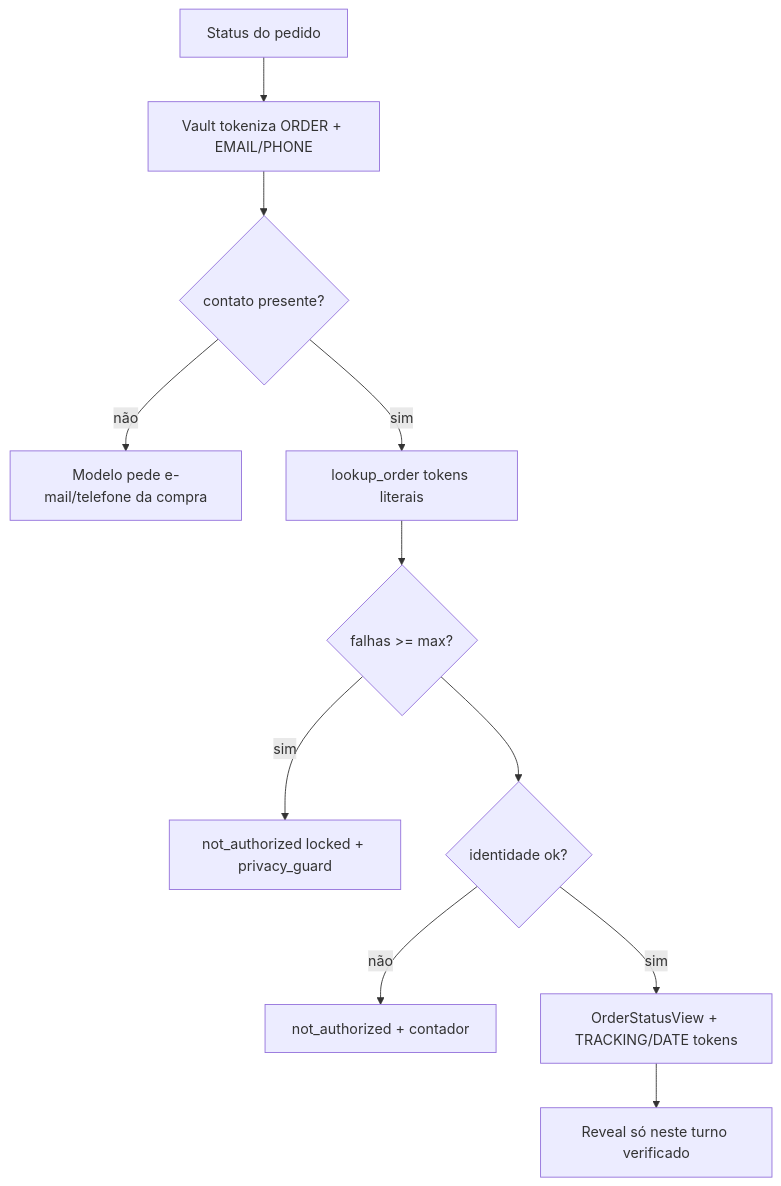
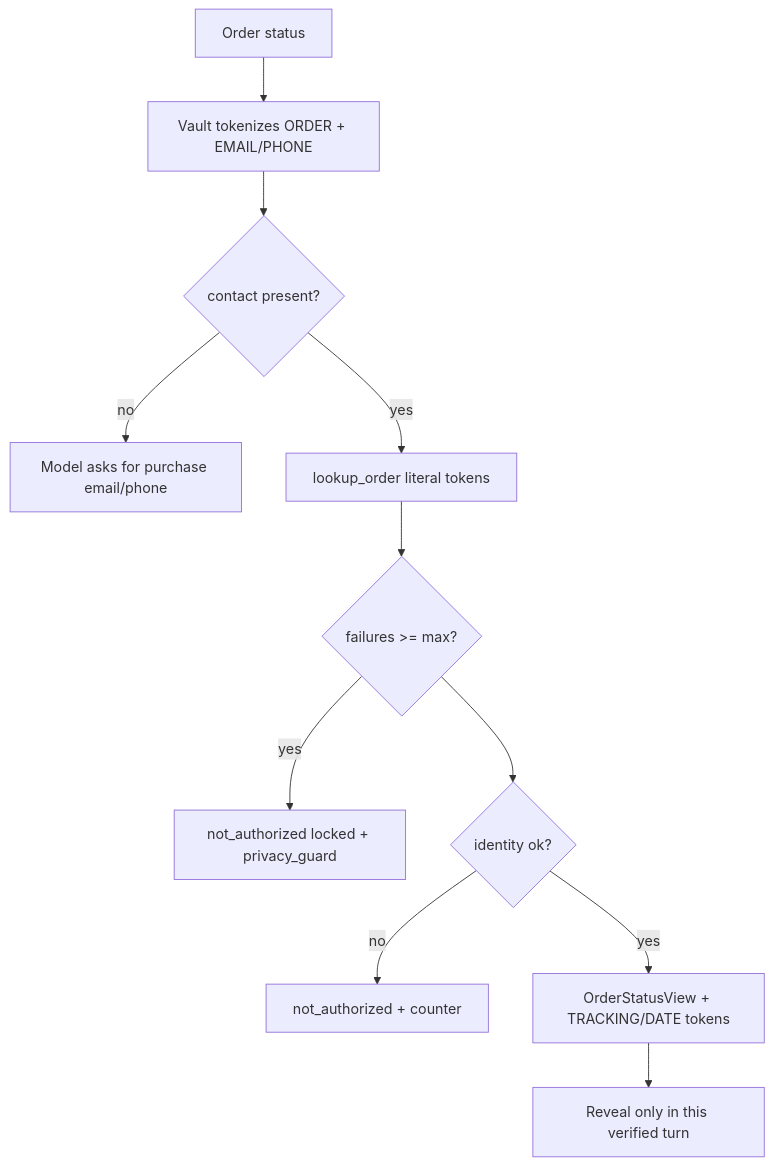
Before and after one commit to antonioreal97/Artefact_case: the fifth of 9 diagrams in docs/customer-service-flows.md, drawn with Mermaid. The commit also changed other lines of this file and 47 other files, not shown here.

````diff
--- a/docs/customer-service-flows.md
+++ b/docs/customer-service-flows.md
@@ -172,13 +176,13 @@
 ```mermaid
 flowchart TD
-  q["Status do pedido"] --> tok["Vault tokeniza ORDER + EMAIL/PHONE"]
-  tok --> contact{"contato presente?"}
-  contact -->|"não"| ask["Modelo pede e-mail/telefone da compra"]
-  contact -->|"sim"| lo["lookup_order tokens literais"]
-  lo --> lock{"falhas >= max?"}
-  lock -->|"sim"| locked["not_authorized locked + privacy_guard"]
-  lock --> verify{"identidade ok?"}
-  verify -->|"não"| fail["not_authorized + contador"]
-  verify -->|"sim"| view["OrderStatusView + TRACKING/DATE tokens"]
-  view --> reveal["Reveal só neste turno verificado"]
+  q["Order status"] --> tok["Vault tokenizes ORDER + EMAIL/PHONE"]
+  tok --> contact{"contact present?"}
+  contact -->|"no"| ask["Model asks for purchase email/phone"]
+  contact -->|"yes"| lo["lookup_order literal tokens"]
+  lo --> lock{"failures >= max?"}
+  lock -->|"yes"| locked["not_authorized locked + privacy_guard"]
+  lock --> verify{"identity ok?"}
+  verify -->|"no"| fail["not_authorized + counter"]
+  verify -->|"yes"| view["OrderStatusView + TRACKING/DATE tokens"]
+  view --> reveal["Reveal only in this verified turn"]
 ```
````
